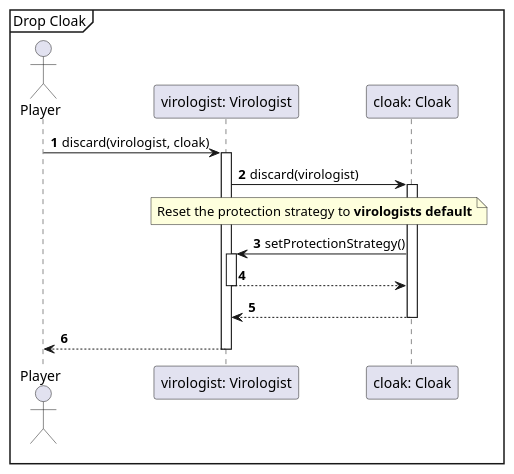
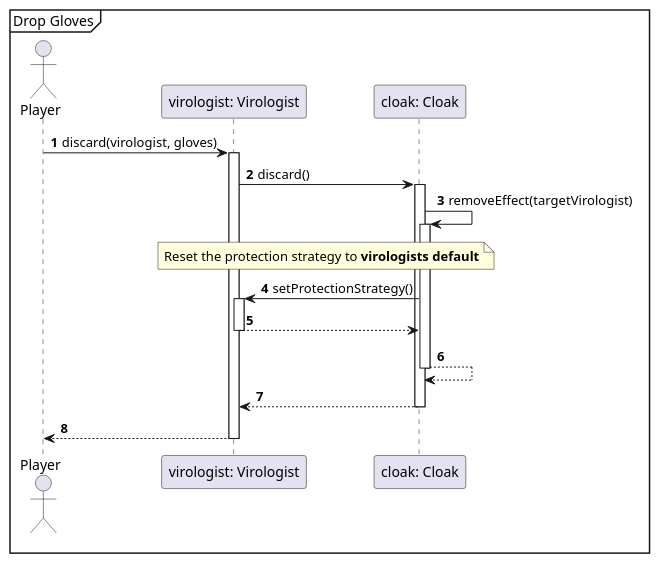
One commit to Projlab-csb/projlab-virologus changed the diagram in Exact Sequence-diagrams/DiscardGloves.puml. Above: the diagram before and after it, drawn with PlantUML. The commit also changed 17 other files, not shown here.

Commit message:
Little changes in sequences

```diff
--- a/Exact Sequence-diagrams/DiscardGloves.puml
+++ b/Exact Sequence-diagrams/DiscardGloves.puml
@@ -1,21 +1,23 @@
 @startuml
 'https://plantuml.com/sequence-diagram
 
 autonumber
 
-Mainframe Drop Cloak
+Mainframe Drop Gloves
 
 actor Player
-Player->"virologist: Virologist"++:discard(virologist, cloak)
-"virologist: Virologist"->"cloak: Cloak"++:discard(virologist)
+Player->"virologist: Virologist"++:discard(virologist, gloves)
+"virologist: Virologist"->"cloak: Cloak"++:discard()
+                   "cloak: Cloak" -> "cloak: Cloak"++ : removeEffect(targetVirologist)
+                    note over  "virologist: Virologist", "cloak: Cloak"
+                    Reset the protection strategy to **virologists default**
+                     end note
 
+                    "cloak: Cloak" ->  "virologist: Virologist"++: setProtectionStrategy()
+                    "virologist: Virologist" --> "cloak: Cloak"--
 
-note over "virologist: Virologist", "cloak: Cloak"
-Reset the protection strategy to **virologists default**
-end note
+                    "cloak: Cloak"-->  "cloak: Cloak"--
 
-"cloak: Cloak" -> "virologist: Virologist"++: setProtectionStrategy()
-"virologist: Virologist" --> "cloak: Cloak"--
-"cloak: Cloak"-->"virologist: Virologist"--
+                         "cloak: Cloak"--> "virologist: Virologist"--
 "virologist: Virologist"-->Player--
 @enduml
```
